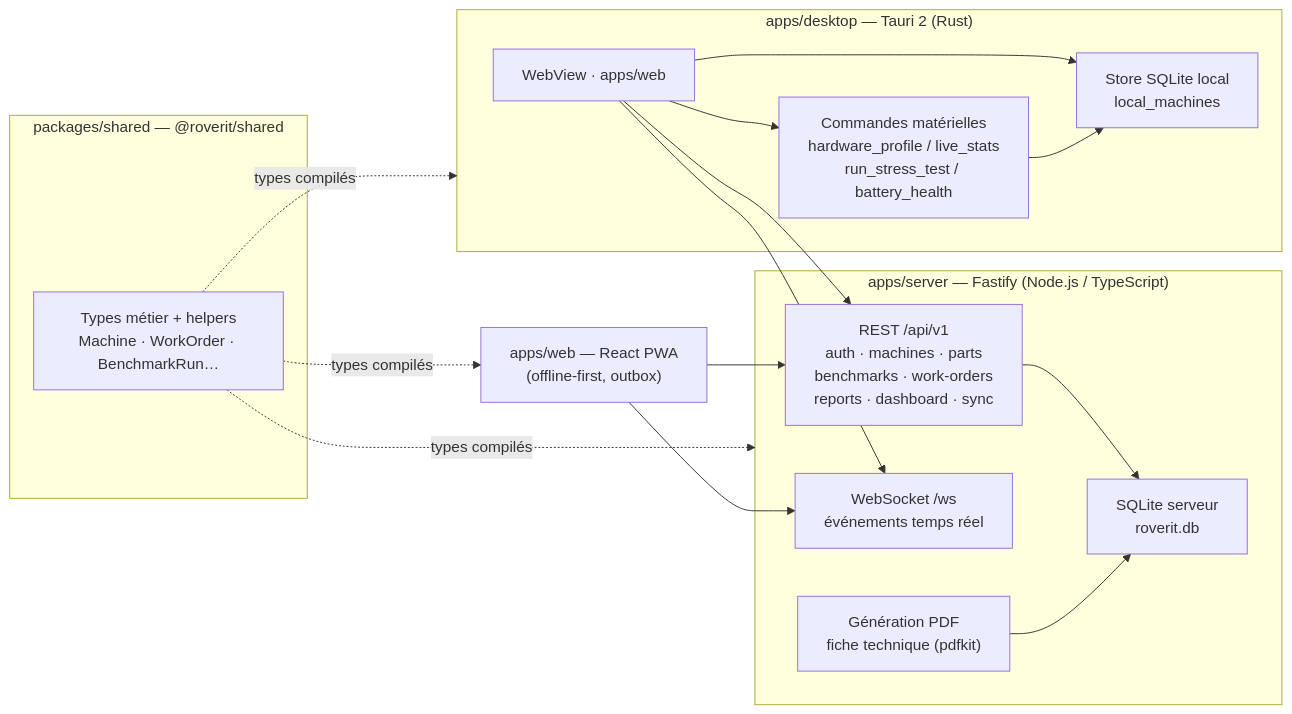
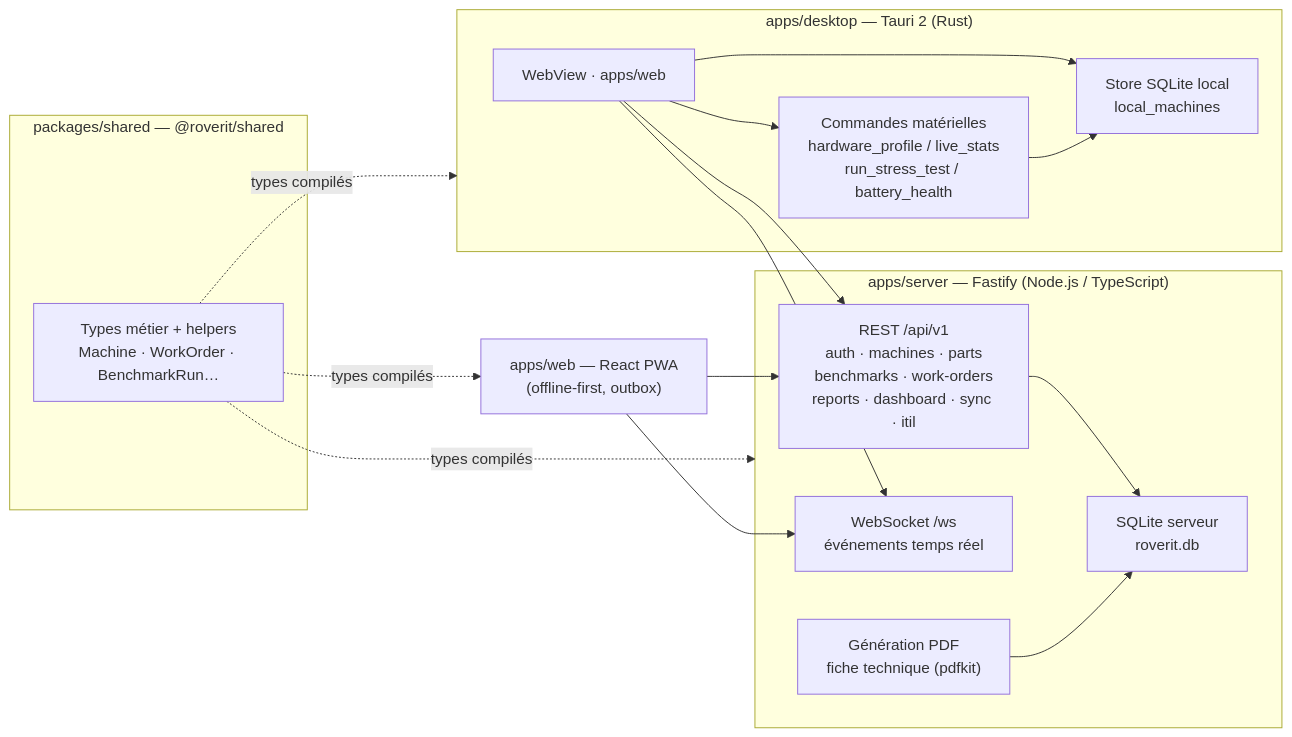
The first of 7 diagrams in docs/architecture.md (martialzinsou/roverit), drawn with Mermaid before and after one commit. The commit also changed other lines of this file and 53 other files, not shown here.

````diff
--- a/docs/architecture.md
+++ b/docs/architecture.md
@@ -7,34 +9,34 @@
 ```mermaid
 flowchart LR
     subgraph Desktop["apps/desktop — Tauri 2 (Rust)"]
         TAPI["Commandes matérielles<br/>hardware_profile / live_stats<br/>run_stress_test / battery_health"]
         TSTORE["Store SQLite local<br/>local_machines"]
         TWEBUI["WebView · apps/web"]
     end
 
     subgraph Server["apps/server — Fastify (Node.js / TypeScript)"]
-        API["REST /api/v1<br/>auth · machines · parts<br/>benchmarks · work-orders<br/>reports · dashboard · sync"]
+        API["REST /api/v1<br/>auth · machines · parts<br/>benchmarks · work-orders<br/>reports · dashboard · sync · itil"]
         WS["WebSocket /ws<br/>événements temps réel"]
         PDF["Génération PDF<br/>fiche technique (pdfkit)"]
         SQL["SQLite serveur<br/>roverit.db"]
     end
 
     subgraph Shared["packages/shared — @roverit/shared"]
         TYPES["Types métier + helpers<br/>Machine · WorkOrder · BenchmarkRun…"]
     end
 
     WUI["apps/web — React PWA<br/>(offline-first, outbox)"]
 
     TWEBUI --> TAPI
     TWEBUI --> TSTORE
     TAPI --> TSTORE
     TWEBUI --> API
     WUI --> API
     WUI --> WS
     TWEBUI --> WS
     API --> SQL
     PDF --> SQL
     TYPES -. types compilés .-> WUI
     TYPES -. types compilés .-> Server
     TYPES -. types compilés .-> Desktop
 ```
````
